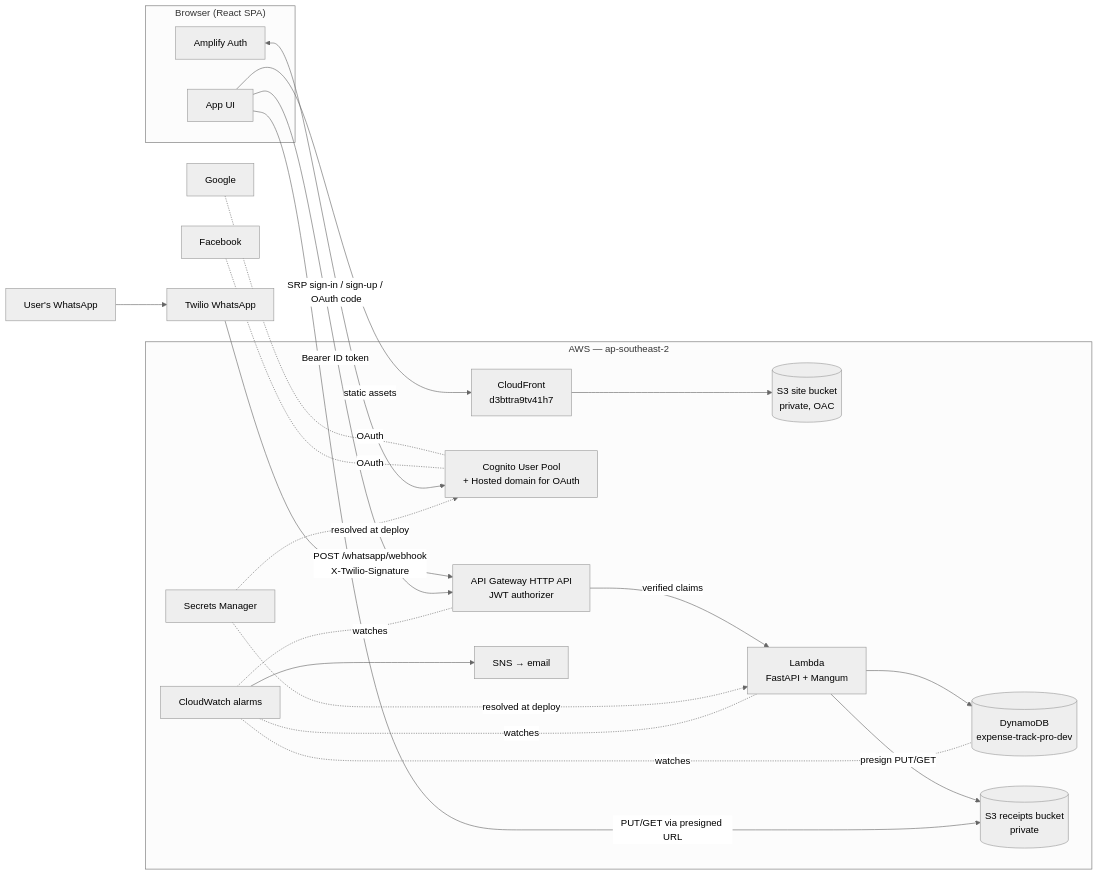
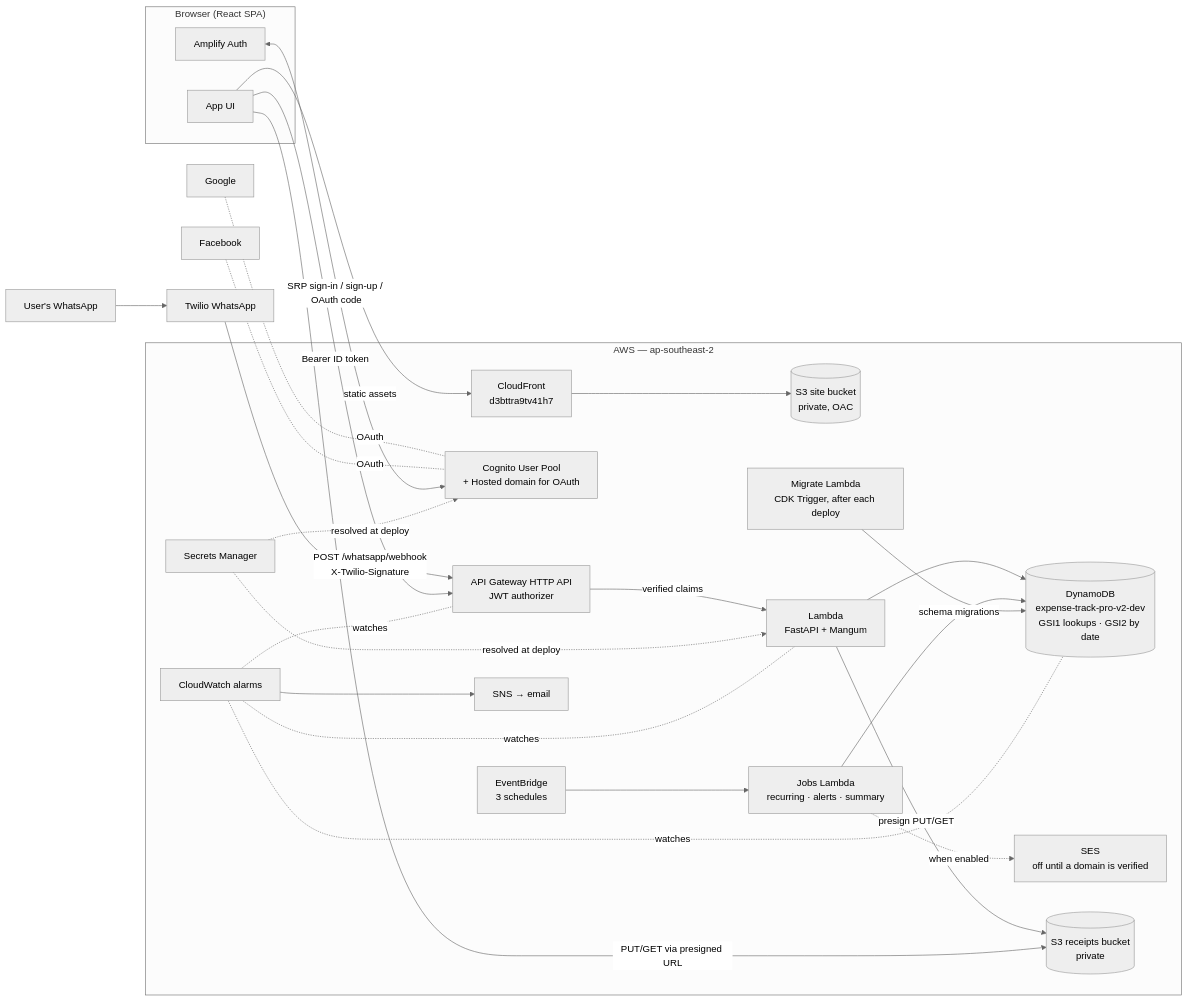
One commit to Harshavardhan-Dev-988/ExpenseTrackPro-Cloud changed the first of 3 diagrams in README.md. Above: the diagram before and after it, drawn with Mermaid (neutral theme). The commit also changed other lines of this file and 1 other file, not shown here.

First line of the commit message:
Docs: v2 architecture, single-table rationale and scale limits

````diff
--- a/README.md
+++ b/README.md
@@ -91,34 +91,41 @@
 ```mermaid
 flowchart LR
     subgraph Client["Browser (React SPA)"]
         UI[App UI]
         AMP[Amplify Auth]
     end
 
     subgraph AWS["AWS — ap-southeast-2"]
         CF[CloudFront<br/>d3bttra9tv41h7] --> S3SITE[(S3 site bucket<br/>private, OAC)]
         COG[Cognito User Pool<br/>+ Hosted domain for OAuth]
         APIGW[API Gateway HTTP API<br/>JWT authorizer]
         L[Lambda<br/>FastAPI + Mangum]
-        DDB[(DynamoDB<br/>expense-track-pro-dev)]
+        J[Jobs Lambda<br/>recurring · alerts · summary]
+        M[Migrate Lambda<br/>CDK Trigger, after each deploy]
+        EB[EventBridge<br/>3 schedules]
+        DDB[(DynamoDB<br/>expense-track-pro-v2-dev<br/>GSI1 lookups · GSI2 by date)]
+        SES[SES<br/>off until a domain is verified]
         S3R[(S3 receipts bucket<br/>private)]
         SM[Secrets Manager]
         CW[CloudWatch alarms] --> SNS[SNS → email]
     end
 
     G[Google] -.OAuth.- COG
     FB[Facebook] -.OAuth.- COG
     TW[Twilio WhatsApp] -->|POST /whatsapp/webhook<br/>X-Twilio-Signature| APIGW
     PHONE[User's WhatsApp] --> TW
 
     UI -->|static assets| CF
     AMP <-->|SRP sign-in / sign-up / OAuth code| COG
     UI -->|Bearer ID token| APIGW
     APIGW -->|verified claims| L
     L --> DDB
+    EB --> J --> DDB
+    J -.when enabled.-> SES
+    M -->|schema migrations| DDB
     L -->|presign PUT/GET| S3R
     UI -->|PUT/GET via presigned URL| S3R
     SM -.resolved at deploy.-> COG
     SM -.resolved at deploy.-> L
     CW -.watches.- L & APIGW & DDB
 ```
````
